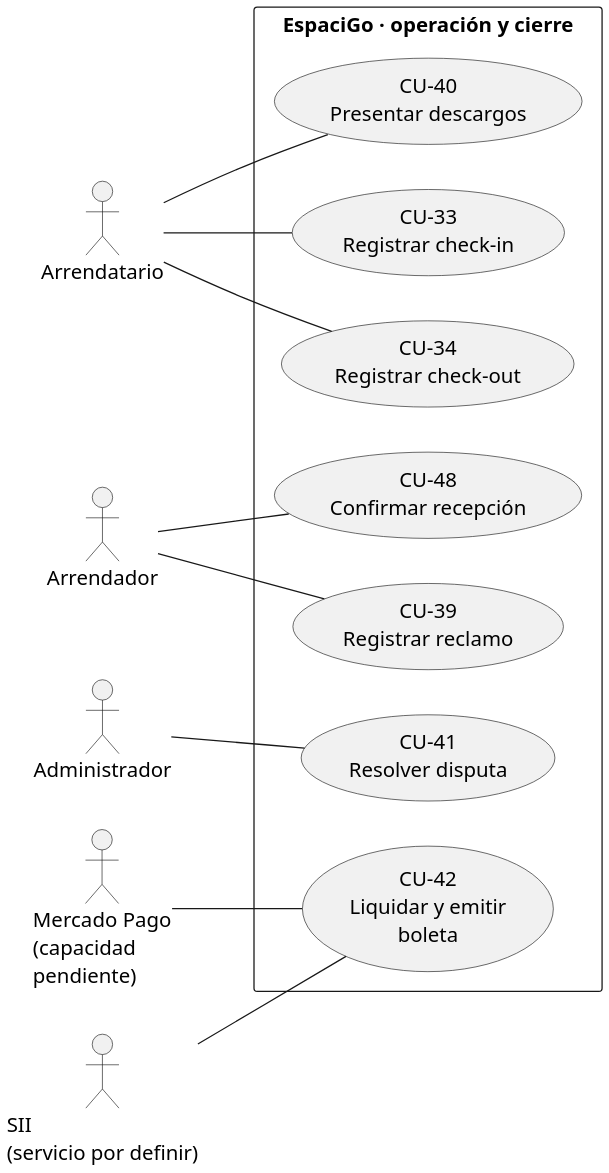
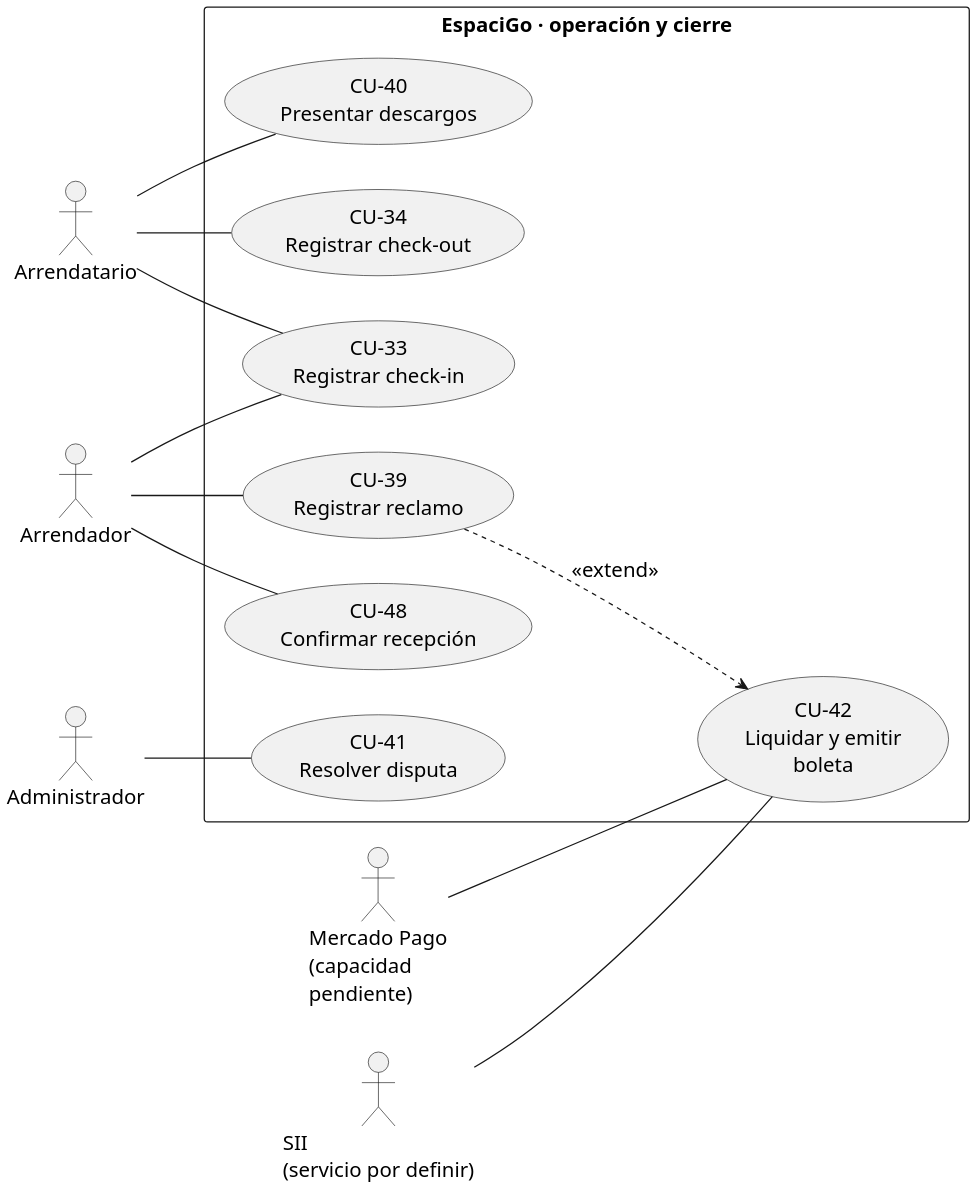
One commit to HernanEspinozaDev/proyectotitulo changed the diagram in Informes/ES2PT/diagramas/cu_operacion.puml. Above: the diagram before and after it, drawn with PlantUML. The commit also changed 58 other files, not shown here.

```diff
--- a/Informes/ES2PT/diagramas/cu_operacion.puml
+++ b/Informes/ES2PT/diagramas/cu_operacion.puml
@@ -1,31 +1,33 @@
 @startuml
 skinparam dpi 180
 skinparam shadowing false
 skinparam defaultFontName Arial
 skinparam defaultFontSize 16
 skinparam backgroundColor white
 skinparam wrapWidth 160
 left to right direction
 actor Arrendatario as T
 actor Arrendador as H
 actor Administrador as A
 actor "Mercado Pago\n(capacidad pendiente)" as MP
 actor "SII\n(servicio por definir)" as SII
 rectangle "EspaciGo · operación y cierre" {
 usecase "CU-33\nRegistrar check-in" as C33
 usecase "CU-34\nRegistrar check-out" as C34
 usecase "CU-48\nConfirmar recepción" as C48
 usecase "CU-39\nRegistrar reclamo" as C39
 usecase "CU-40\nPresentar descargos" as C40
 usecase "CU-41\nResolver disputa" as C41
 usecase "CU-42\nLiquidar y emitir boleta" as C42
 }
 T -- C33
+H -- C33
 T -- C34
 T -- C40
 H -- C48
 H -- C39
 A -- C41
 MP -- C42
 SII -- C42
+C39 ..> C42 : <<extend>>
 @enduml
```
